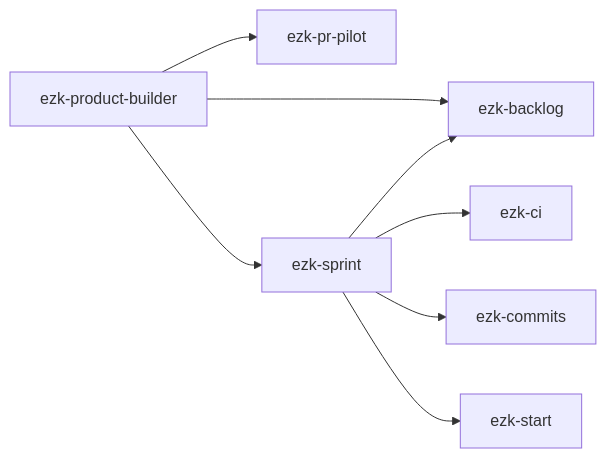
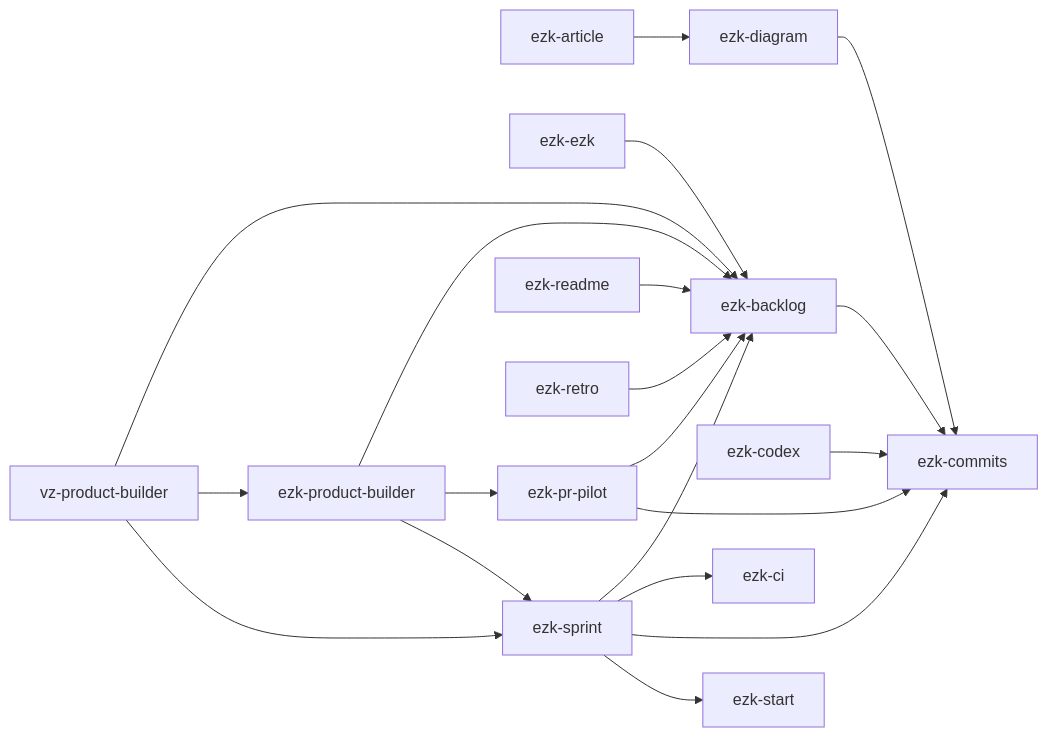
Before and after one commit to elzinko/vectorz: the diagram in products/mega-city/skills/README.md, drawn with Mermaid. The commit also changed 24 other files, not shown here.

First line of the commit message:
docs(diagram): carte de la méthode mega-city (statique + interactive) (#156)

````diff
--- a/products/mega-city/skills/README.md
+++ b/products/mega-city/skills/README.md
@@ -50,10 +50,22 @@
 ```mermaid
 flowchart LR
+    ezk-article --> ezk-diagram
+    ezk-backlog --> ezk-commits
+    ezk-codex --> ezk-commits
+    ezk-diagram --> ezk-commits
+    ezk-ezk --> ezk-backlog
+    ezk-pr-pilot --> ezk-backlog
+    ezk-pr-pilot --> ezk-commits
     ezk-product-builder --> ezk-backlog
     ezk-product-builder --> ezk-pr-pilot
     ezk-product-builder --> ezk-sprint
+    ezk-readme --> ezk-backlog
+    ezk-retro --> ezk-backlog
     ezk-sprint --> ezk-backlog
     ezk-sprint --> ezk-ci
     ezk-sprint --> ezk-commits
     ezk-sprint --> ezk-start
+    vz-product-builder --> ezk-backlog
+    vz-product-builder --> ezk-product-builder
+    vz-product-builder --> ezk-sprint
 ```
````
